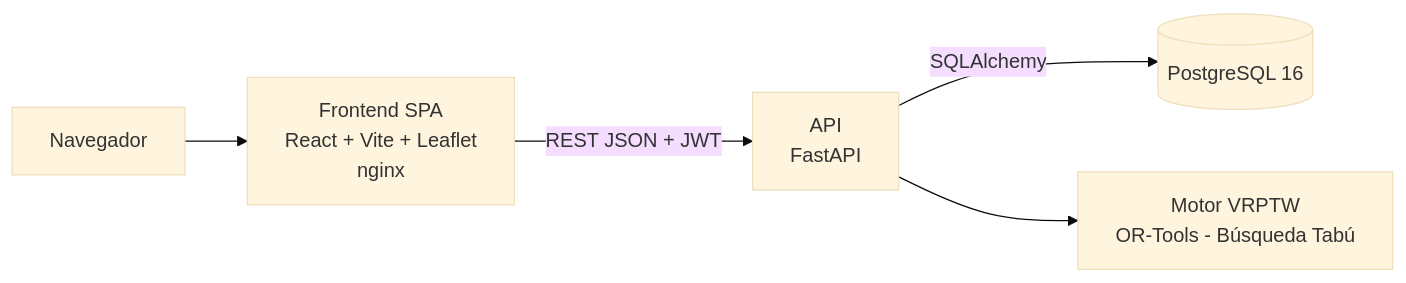
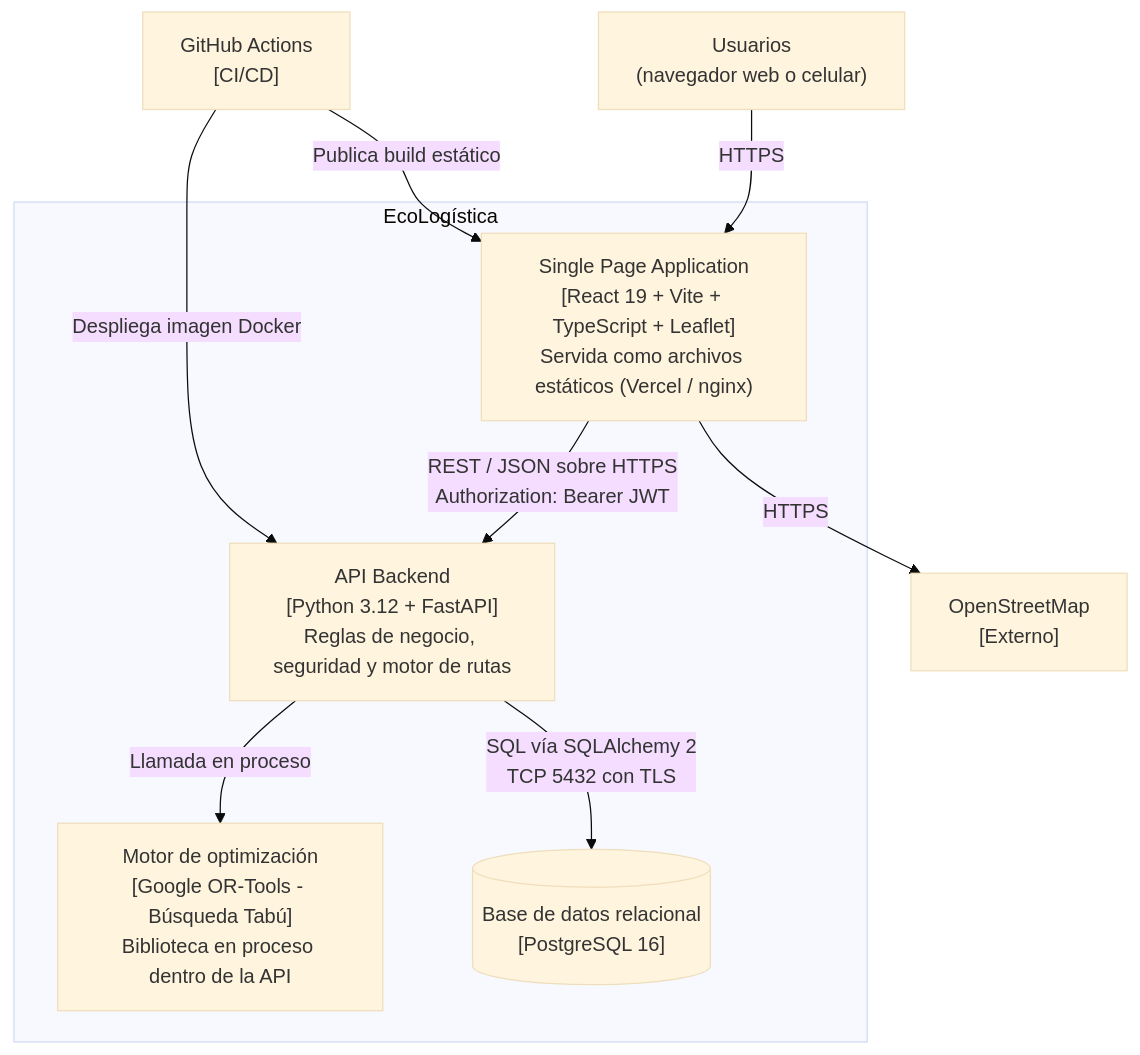
Before and after one commit to FernandoR0/ecologistica: the second of 3 diagrams in docs/01 Inicio/12. Modelo C4 V_1_0_0.md, drawn with Mermaid (base theme). The commit also changed other lines of this file and 12 other files, not shown here.

Commit message:
docs(inicio): documentos de inicio y arquitectura segun la consigna, con rutas Gherkin, escenarios de calidad, RBAC de 4 roles y DDL

````diff
--- a/docs/01 Inicio/12. Modelo C4 V_1_0_0.md
+++ b/docs/01 Inicio/12. Modelo C4 V_1_0_0.md
@@ -27,7 +34,16 @@
 ```mermaid
-flowchart LR
-  U[Navegador] --> F[Frontend SPA<br/>React + Vite + Leaflet<br/>nginx]
-  F -->|REST JSON + JWT| B[API<br/>FastAPI]
-  B -->|SQLAlchemy| D[(PostgreSQL 16)]
-  B --> M[Motor VRPTW<br/>OR-Tools - Búsqueda Tabú]
+graph TD
+  Usuario["Usuarios<br/>(navegador web o celular)"] -->|HTTPS| SPA
+  subgraph EcoLogística
+    SPA["Single Page Application<br/>[React 19 + Vite + TypeScript + Leaflet]<br/>Servida como archivos estáticos (Vercel / nginx)"]
+    API["API Backend<br/>[Python 3.12 + FastAPI]<br/>Reglas de negocio, seguridad y motor de rutas"]
+    Motor["Motor de optimización<br/>[Google OR-Tools - Búsqueda Tabú]<br/>Biblioteca en proceso dentro de la API"]
+    DB[("Base de datos relacional<br/>[PostgreSQL 16]")]
+  end
+  SPA -->|REST / JSON sobre HTTPS<br/>Authorization: Bearer JWT| API
+  API -->|Llamada en proceso| Motor
+  API -->|SQL vía SQLAlchemy 2<br/>TCP 5432 con TLS| DB
+  SPA -->|HTTPS| Tiles["OpenStreetMap<br/>[Externo]"]
+  CI["GitHub Actions<br/>[CI/CD]"] -->|Despliega imagen Docker| API
+  CI -->|Publica build estático| SPA
 ```
````
